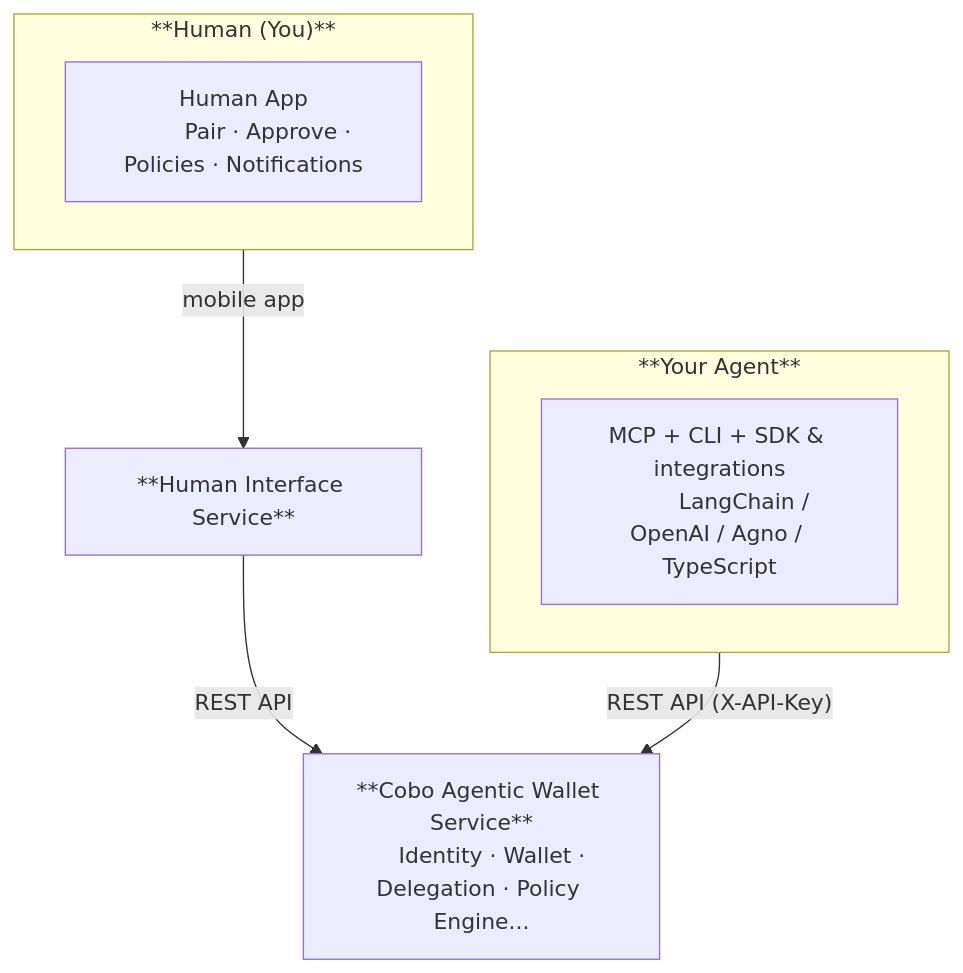
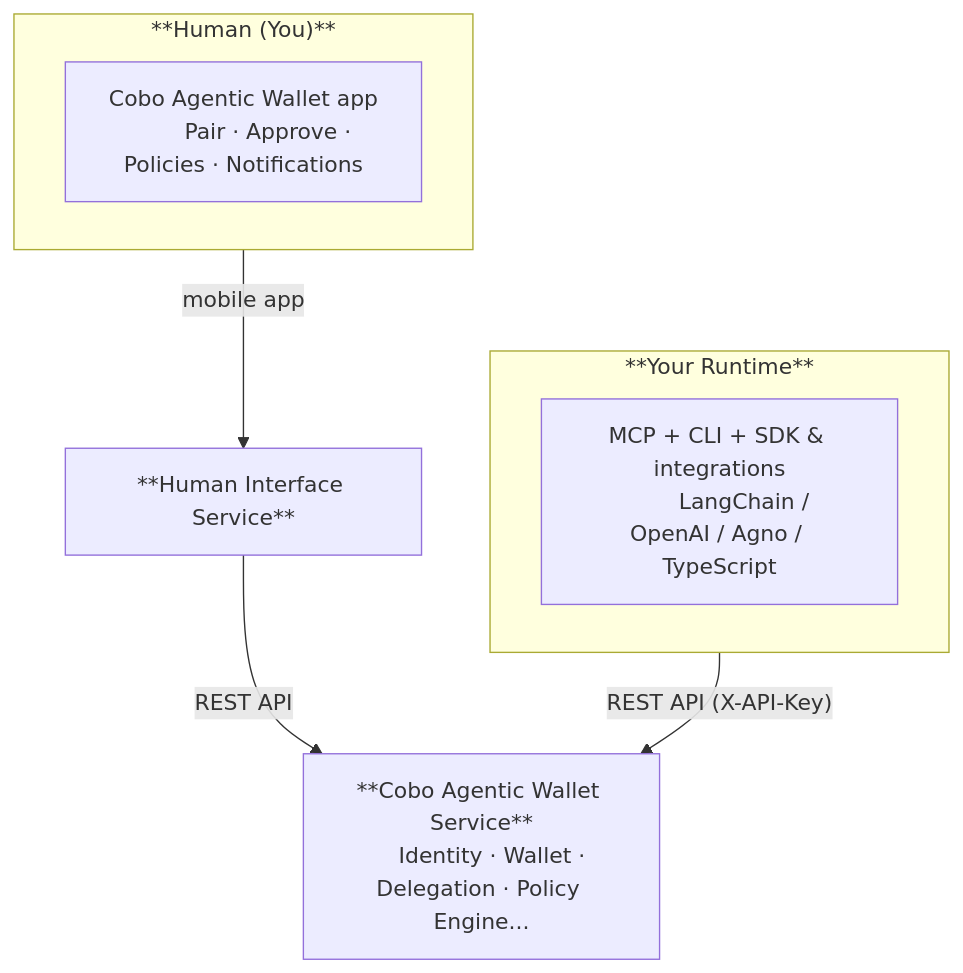
Before and after one commit to CoboGlobal/cobo-agentic-wallet-manual: the diagram in products/agentic-wallet/manual/developer/technical-architecture.mdx, drawn with Mermaid. The commit also changed other lines of this file and 154 other files, not shown here.

First line of the commit message:
sync: update docs from cobo-agent-wallet mintlify

````diff
--- a/products/agentic-wallet/manual/developer/technical-architecture.mdx
+++ b/products/agentic-wallet/manual/developer/technical-architecture.mdx
@@ -8,21 +14,21 @@
 ```mermaid
 flowchart TD
-    subgraph AI["**Your Agent**"]
+    subgraph AI["**Your Runtime**"]
         sdk["MCP + CLI + SDK & integrations
         LangChain / OpenAI / Agno / TypeScript"]
     end
 
     subgraph Human["**Human (You)**"]
-        im["Human App
+        im["Cobo Agentic Wallet app
         Pair · Approve · Policies · Notifications"]
     end
 
     nl["**Human Interface Service**"]
 
     core["**Cobo Agentic Wallet Service**
     Identity · Wallet · Delegation · Policy Engine..."]
 
     AI -->|"REST API (X-API-Key)"| core
     Human -->|"mobile app"| nl
     nl -->|"REST API"| core
 ```
````
